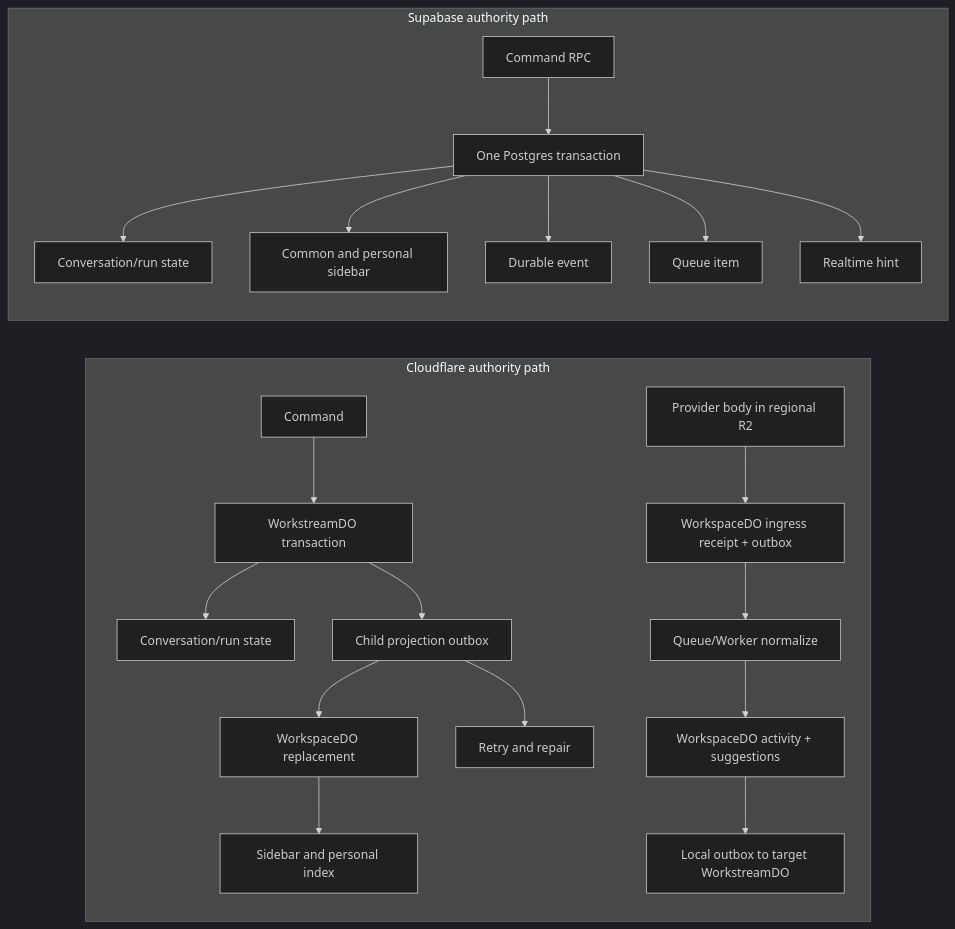
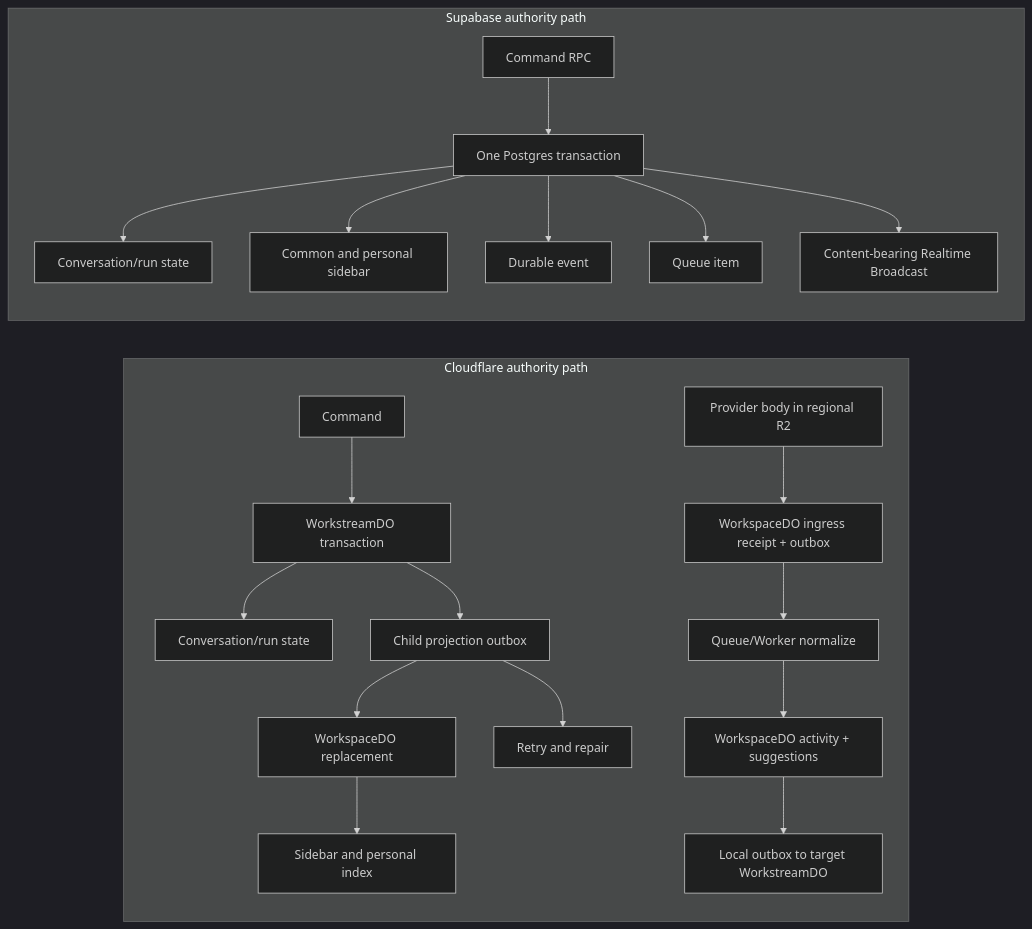
One commit to juno-ai-labs/avalon changed the diagram in docs/PRDs/2026-08-15_supabase-workspace-workstream-conversations/comparison.md. Above: the diagram before and after it, drawn with Mermaid (dark theme). The commit also changed other lines of this file and 4 other files, not shown here.

Commit message:
docs: finalize Supabase workstream architecture

````diff
--- a/docs/PRDs/2026-08-15_supabase-workspace-workstream-conversations/comparison.md
+++ b/docs/PRDs/2026-08-15_supabase-workspace-workstream-conversations/comparison.md
@@ -119,23 +119,23 @@
 ```mermaid
 flowchart LR
   subgraph CF["Cloudflare authority path"]
     C1["Command"] --> C2["WorkstreamDO transaction"]
     C2 --> C3["Conversation/run state"]
     C2 --> C4["Child projection outbox"]
     C4 --> C5["WorkspaceDO replacement"]
     C5 --> C6["Sidebar and personal index"]
     C4 --> C7["Retry and repair"]
     C8["Provider body in regional R2"] --> C9["WorkspaceDO ingress receipt + outbox"]
     C9 --> C10["Queue/Worker normalize"]
     C10 --> C11["WorkspaceDO activity + suggestions"]
     C11 --> C12["Local outbox to target WorkstreamDO"]
   end
   subgraph SB["Supabase authority path"]
     S1["Command RPC"] --> S2["One Postgres transaction"]
     S2 --> S3["Conversation/run state"]
     S2 --> S4["Common and personal sidebar"]
     S2 --> S5["Durable event"]
     S2 --> S6["Queue item"]
-    S2 --> S7["Realtime hint"]
+    S2 --> S7["Content-bearing Realtime Broadcast"]
   end
 ```
````
